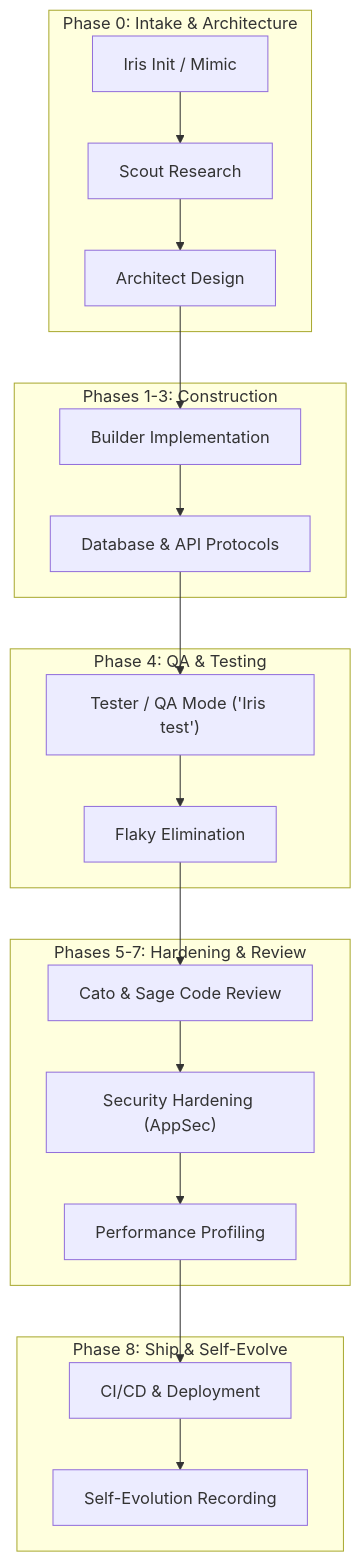
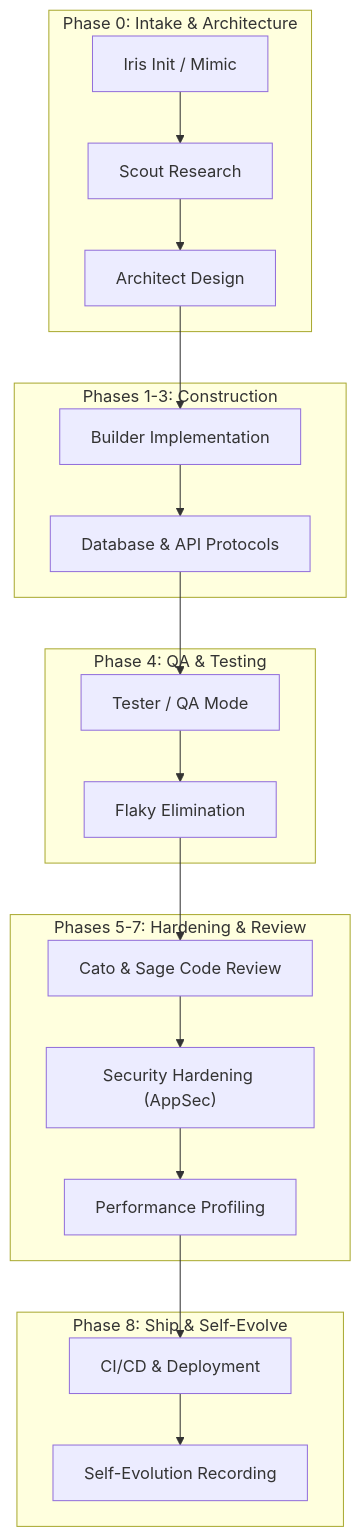
The second of 2 diagrams in README.md (wafazz/CoreSentinel), drawn with Mermaid before and after one commit. The commit also changed other lines of this file, not shown here.

````diff
--- a/README.md
+++ b/README.md
@@ -359,28 +367,24 @@
 ```mermaid
 flowchart TD
     subgraph Intake["Phase 0: Intake & Architecture"]
         A["Iris Init / Mimic"] --> B["Scout Research"]
         B --> C["Architect Design"]
     end
-
     subgraph Build["Phases 1-3: Construction"]
         C --> D["Builder Implementation"]
         D --> E["Database & API Protocols"]
     end
-
     subgraph QA["Phase 4: QA & Testing"]
-        E --> F["Tester / QA Mode ('Iris test')"]
+        E --> F["Tester / QA Mode"]
         F --> G["Flaky Elimination"]
     end
-
     subgraph Security["Phases 5-7: Hardening & Review"]
         G --> H["Cato & Sage Code Review"]
         H --> I["Security Hardening (AppSec)"]
         I --> J["Performance Profiling"]
     end
-
     subgraph Ship["Phase 8: Ship & Self-Evolve"]
         J --> K["CI/CD & Deployment"]
         K --> L["Self-Evolution Recording"]
     end
 ```
````
